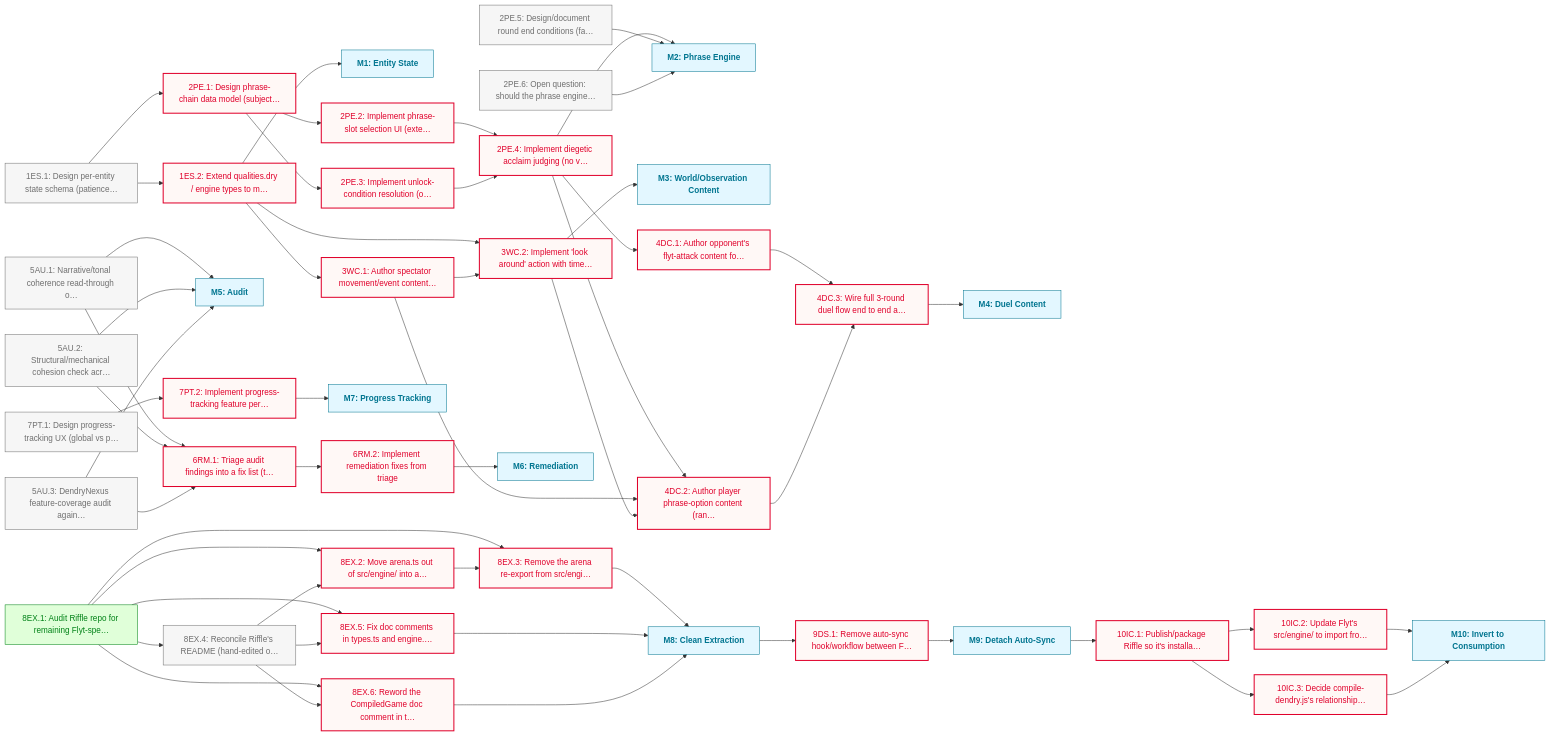
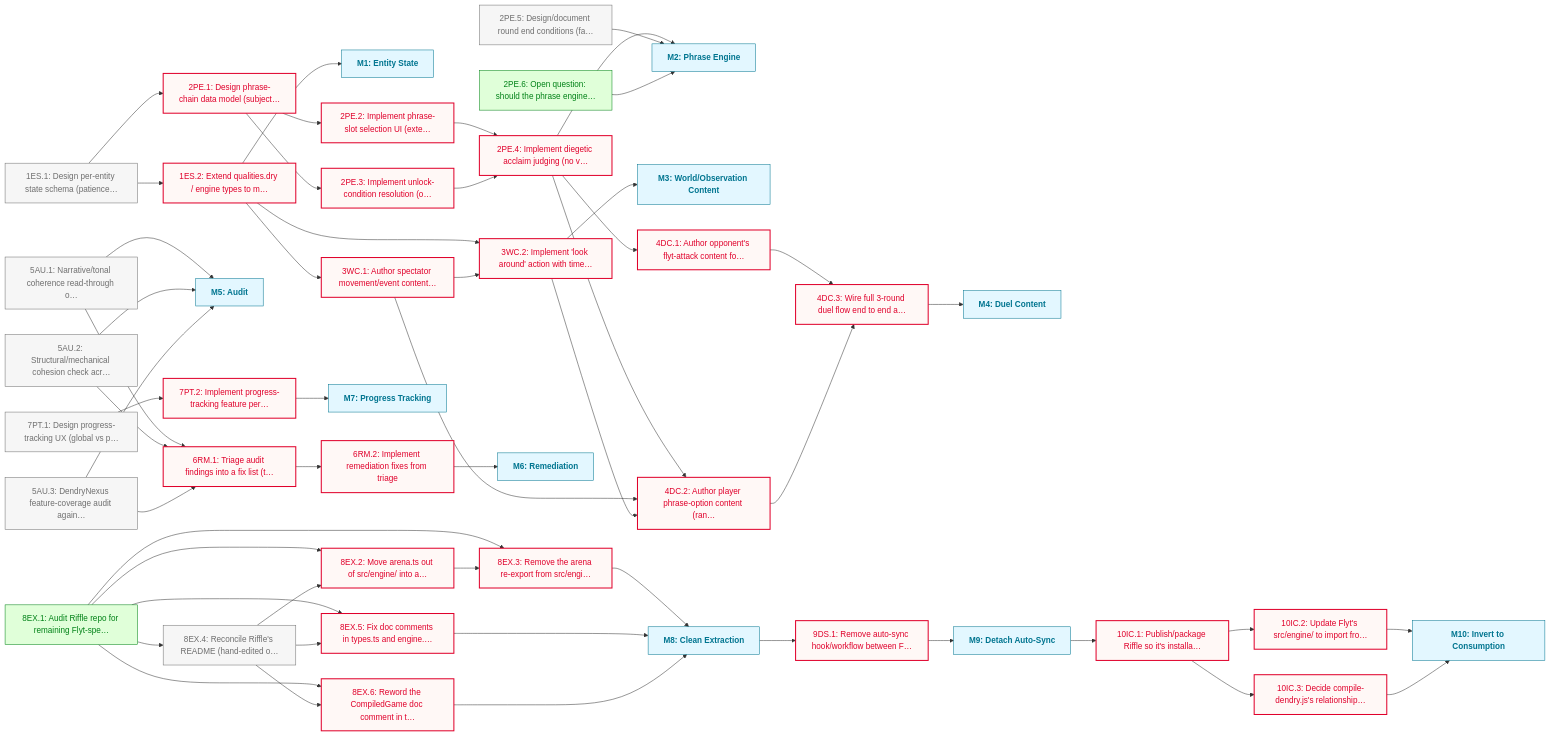
One commit to JasonWarrenUK/flyt changed the diagram in docs/roadmaps/FOUNDATIONS.md. Above: the diagram before and after it, drawn with Mermaid. The commit also changed other lines of this file and 3 other files, not shown here.

````diff
--- a/docs/roadmaps/FOUNDATIONS.md
+++ b/docs/roadmaps/FOUNDATIONS.md
@@ -219,7 +220,7 @@
 	10IC.1 --> 10IC.3
 	10IC.2 --> M10
 	10IC.3 --> M10
-	class 1ES.1,2PE.5,2PE.6,5AU.1,5AU.2,5AU.3,7PT.1,8EX.4 todo
+	class 1ES.1,2PE.5,5AU.1,5AU.2,5AU.3,7PT.1,8EX.4 todo
 	class 10IC.1,10IC.2,10IC.3,1ES.2,2PE.1,2PE.2,2PE.3,2PE.4,3WC.1,3WC.2,4DC.1,4DC.2,4DC.3,6RM.1,6RM.2,7PT.2,8EX.2,8EX.3,8EX.5,8EX.6,9DS.1 blocked
-	class 8EX.1 done
+	class 2PE.6,8EX.1 done
 ```
````
